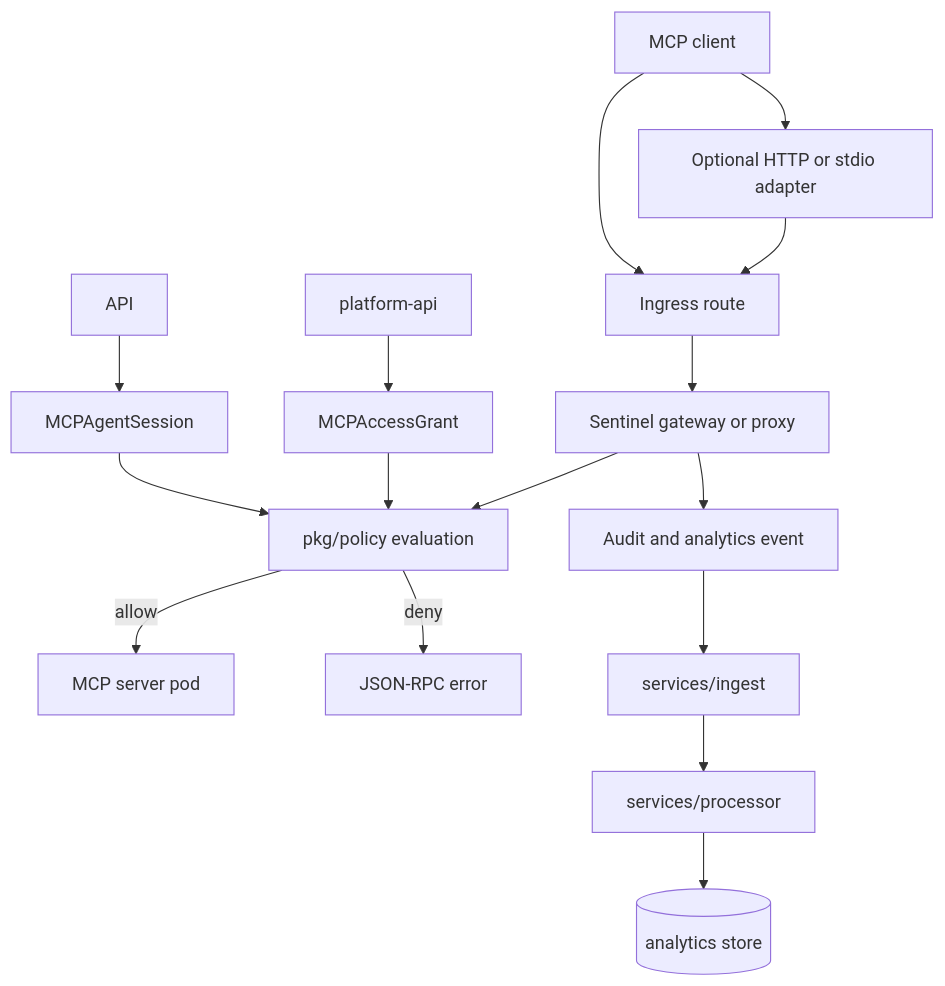
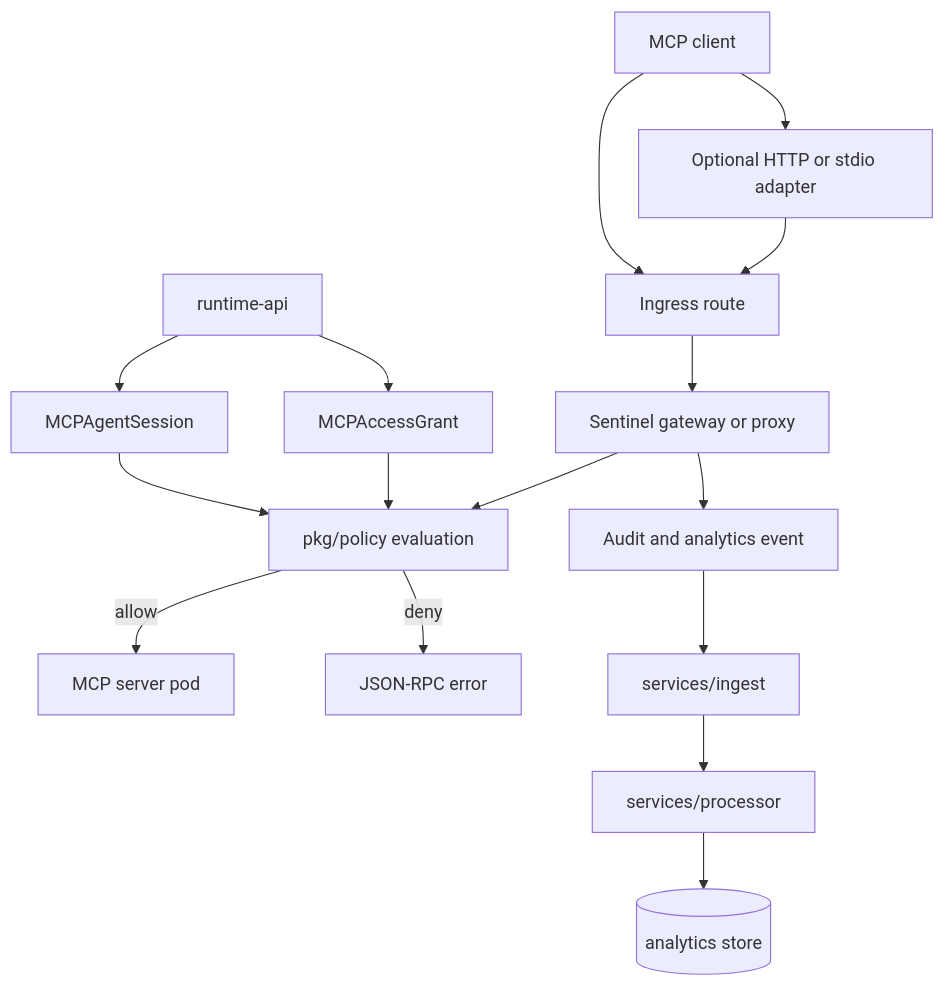
One commit to Agent-Hellboy/mcp-runtime changed the third of 4 diagrams in docs/internals/README.md. Above: the diagram before and after it, drawn with Mermaid. The commit also changed 24 other files, not shown here.

````diff
--- a/docs/internals/README.md
+++ b/docs/internals/README.md
@@ -92,18 +92,18 @@
 ```mermaid
 flowchart TD
     Client[MCP client] --> Adapter[Optional HTTP or stdio adapter]
     Adapter --> Route[Ingress route]
     Client --> Route
     Route --> Gateway[Sentinel gateway or proxy]
     Gateway --> Authz[pkg/policy evaluation]
     Authz -->|allow| Server[MCP server pod]
     Authz -->|deny| Deny[JSON-RPC error]
     Gateway --> Events[Audit and analytics event]
     Events --> Ingest[services/ingest]
     Ingest --> Processor[services/processor]
     Processor --> Analytics[(analytics store)]
-    PlatformAPI[platform-api] --> Grants[MCPAccessGrant]
-    API --> Sessions[MCPAgentSession]
+    RuntimeAPI[runtime-api] --> Grants[MCPAccessGrant]
+    RuntimeAPI --> Sessions[MCPAgentSession]
     Grants --> Authz
     Sessions --> Authz
 ```
````
